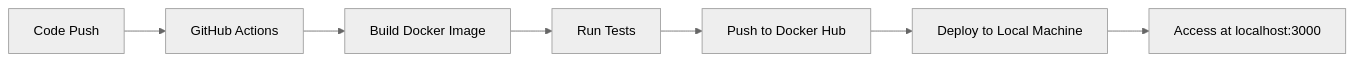
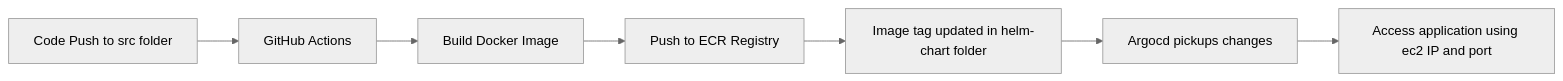
The diagram in README.md (sumit-patil-24/CI-CD-Pipeline-with-GitHub-Actions-Docker), drawn with Mermaid (neutral theme) before and after one commit. The commit also changed other lines of this file, not shown here.

````diff
--- a/README.md
+++ b/README.md
@@ -32,9 +24,9 @@
 ```mermaid
 graph LR
-    A[Code Push] --> B[GitHub Actions]
+    A[Code Push to src folder] --> B[GitHub Actions]
     B --> C[Build Docker Image]
-    C --> D[Run Tests]
-    D --> E[Push to Docker Hub]
-    E --> F[Deploy to Local Machine]
-    F --> G[Access at localhost:3000]
+    C --> D[Push to ECR Registry]
+    D --> E[Image tag updated in helm-chart folder]
+    E --> F[Argocd pickups changes]
+    F --> G[Access application using ec2 IP and port]
 ```
````
